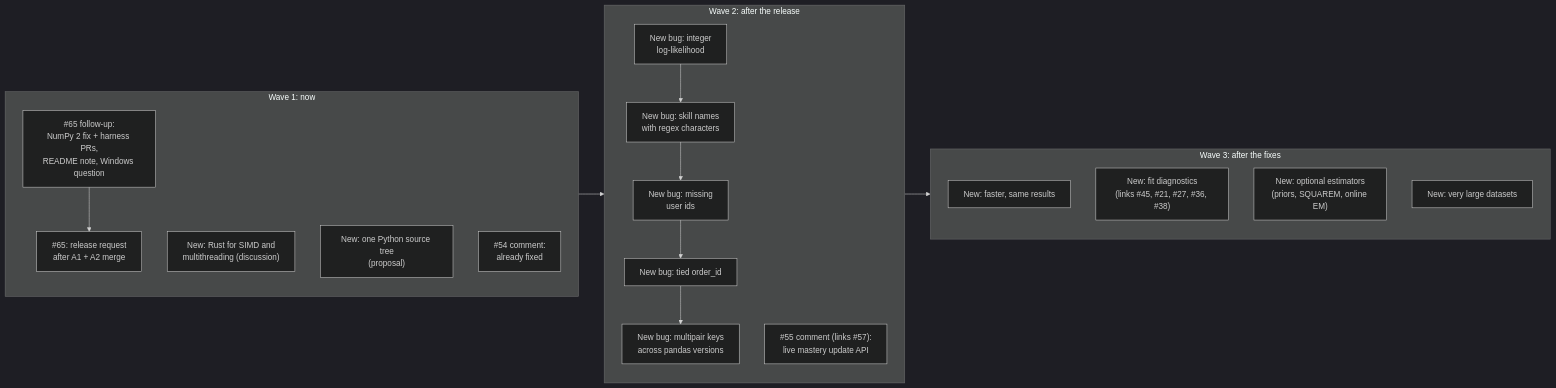
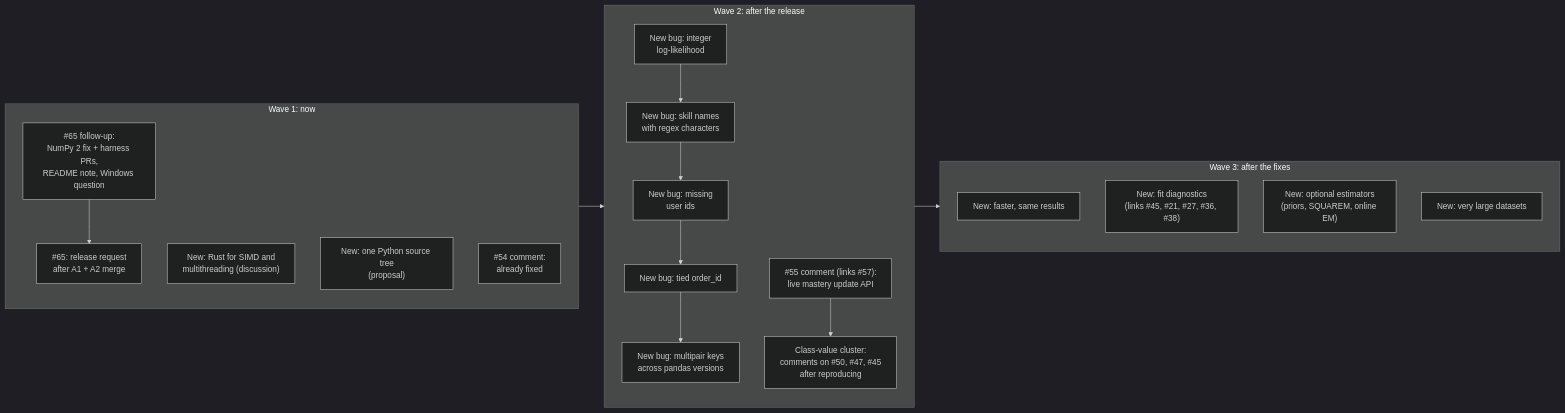
One commit to ChristianMurphy/pyBKT changed the first of 4 diagrams in experiments/HANDOFF.md. Above: the diagram before and after it, drawn with Mermaid (dark theme). The commit also changed other lines of this file and 16 other files, not shown here.

````diff
--- a/experiments/HANDOFF.md
+++ b/experiments/HANDOFF.md
@@ -103,27 +109,29 @@
 ```mermaid
 flowchart LR
   subgraph W1["Wave 1: now"]
     I1["#65 follow-up:<br/>NumPy 2 fix + harness PRs,<br/>README note, Windows question"]
     I2["New: Rust for SIMD and<br/>multithreading (discussion)"]
     I3["New: one Python source tree<br/>(proposal)"]
     I4["#54 comment:<br/>already fixed"]
     I1b["#65: release request<br/>after A1 + A2 merge"]
     I1 --> I1b
   end
   subgraph W2["Wave 2: after the release"]
     I5["New bug: integer<br/>log-likelihood"]
     I6["New bug: skill names<br/>with regex characters"]
     I7["New bug: missing<br/>user ids"]
     I8["New bug: tied order_id"]
     I9["New bug: multipair keys<br/>across pandas versions"]
     I10["#55 comment (links #57):<br/>live mastery update API"]
+    I15["Class-value cluster:<br/>comments on #50, #47, #45<br/>after reproducing"]
     I5 --> I6 --> I7 --> I8 --> I9
+    I10 --> I15
   end
   subgraph W3["Wave 3: after the fixes"]
     I11["New: faster, same results"]
     I12["New: fit diagnostics<br/>(links #45, #21, #27, #36, #38)"]
     I13["New: optional estimators<br/>(priors, SQUAREM, online EM)"]
     I14["New: very large datasets"]
   end
   W1 --> W2 --> W3
 ```
````
